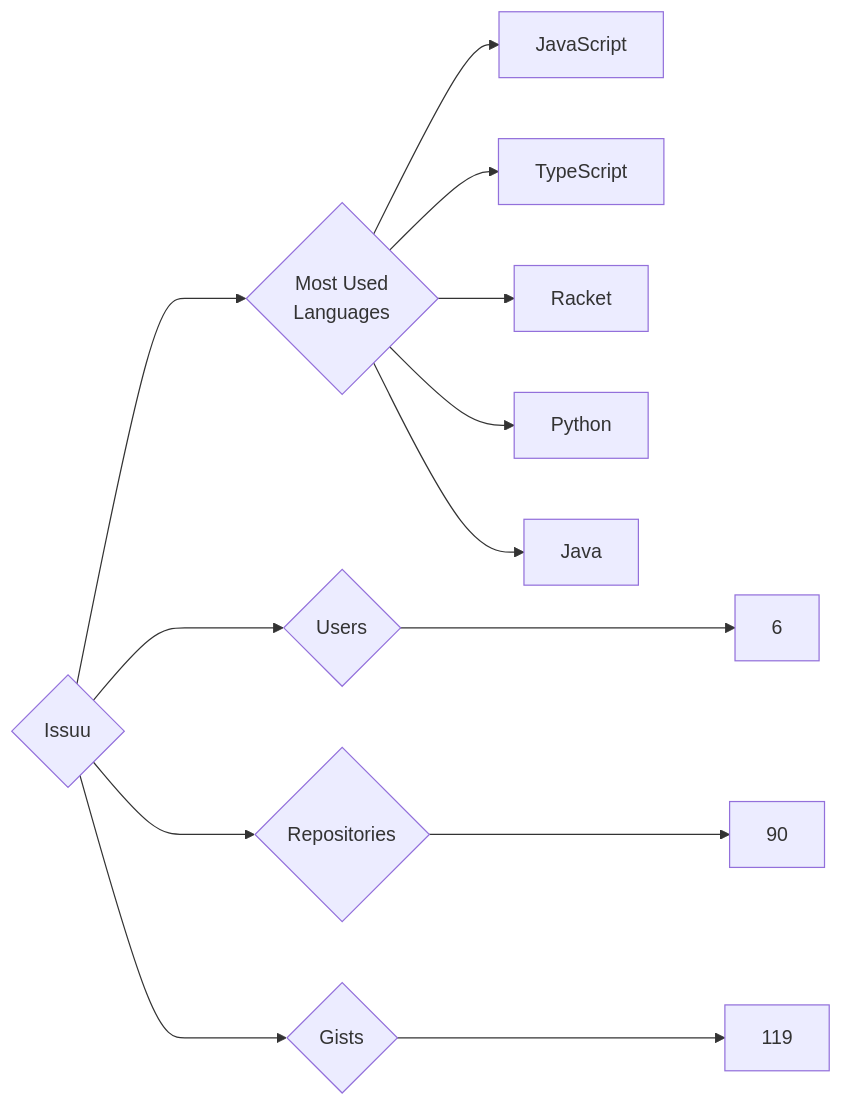
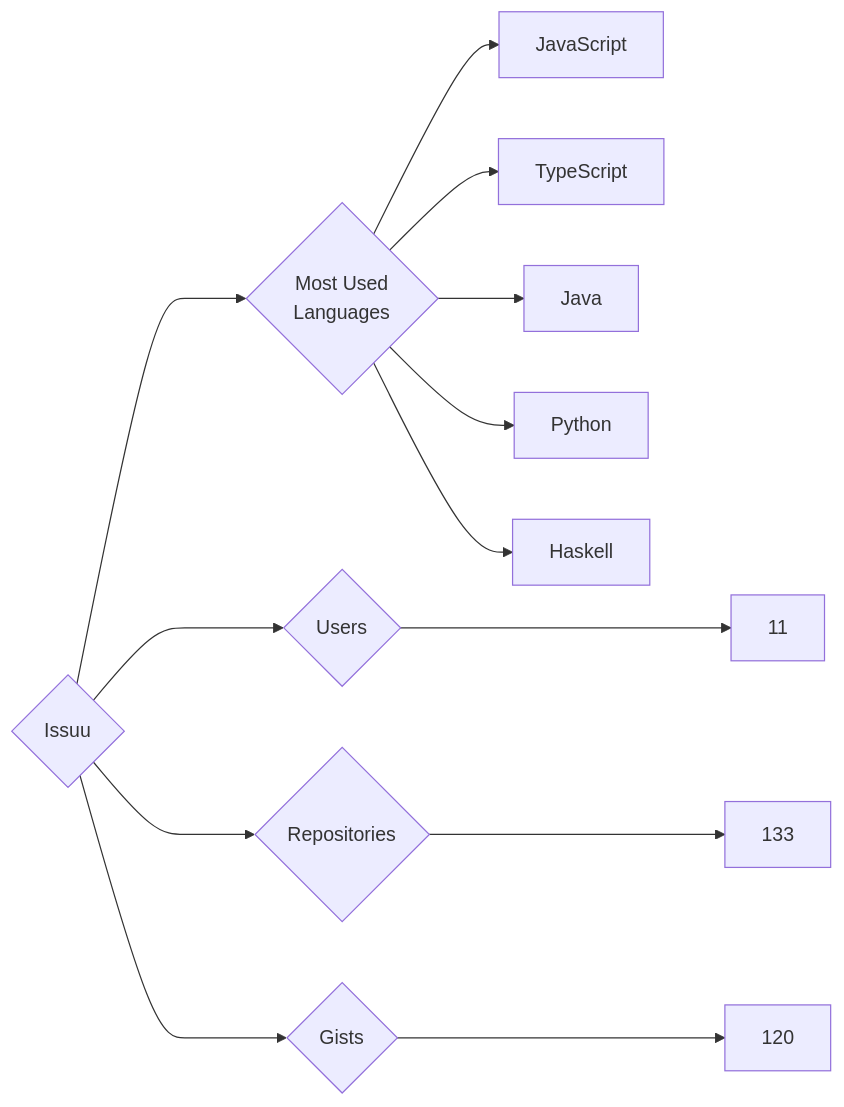
Before and after one commit to trickest/insiders: the diagram in targets/Issuu/README.md, drawn with Mermaid. The commit also changed 925 other files, not shown here.

````diff
--- a/targets/Issuu/README.md
+++ b/targets/Issuu/README.md
@@ -3,13 +3,13 @@
 ```mermaid
 graph LR
 COMPANY_NAME{Issuu}
-COMPANY_NAME ---> U{Users} ---> UN[6]
-COMPANY_NAME ---> R{Repositories} ---> RN[90]
-COMPANY_NAME ---> G{Gists} ---> GN[119]
+COMPANY_NAME ---> U{Users} ---> UN[11]
+COMPANY_NAME ---> R{Repositories} ---> RN[133]
+COMPANY_NAME ---> G{Gists} ---> GN[120]
 COMPANY_NAME ---> ML{Most Used<br>Languages}
 ML --> JavaScript[JavaScript]
 ML --> TypeScript[TypeScript]
-ML --> Racket[Racket]
+ML --> Java[Java]
 ML --> Python[Python]
-ML --> Java[Java]
+ML --> Haskell[Haskell]
 ```
````
